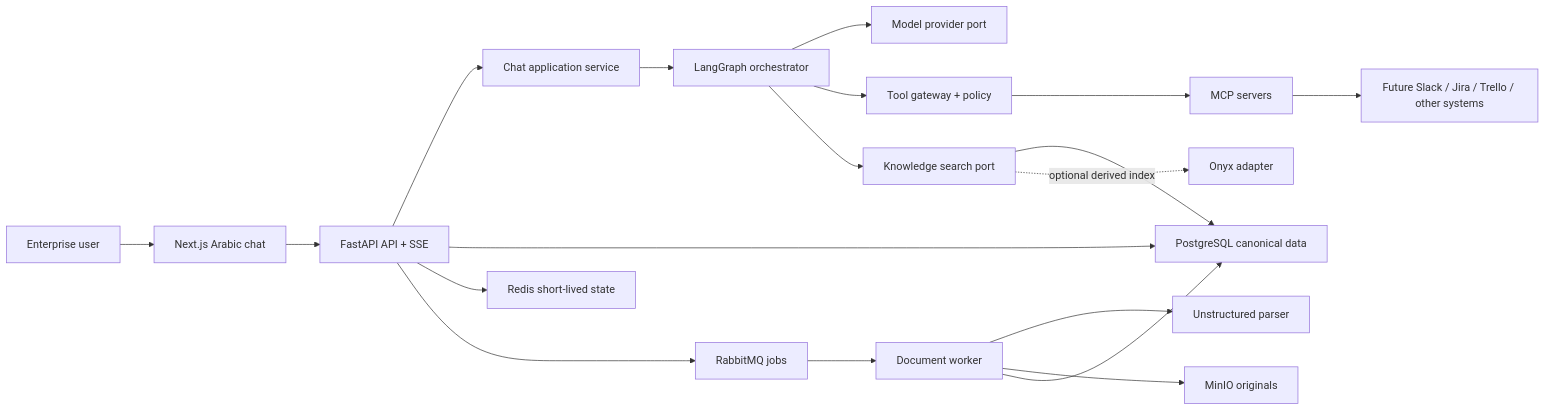
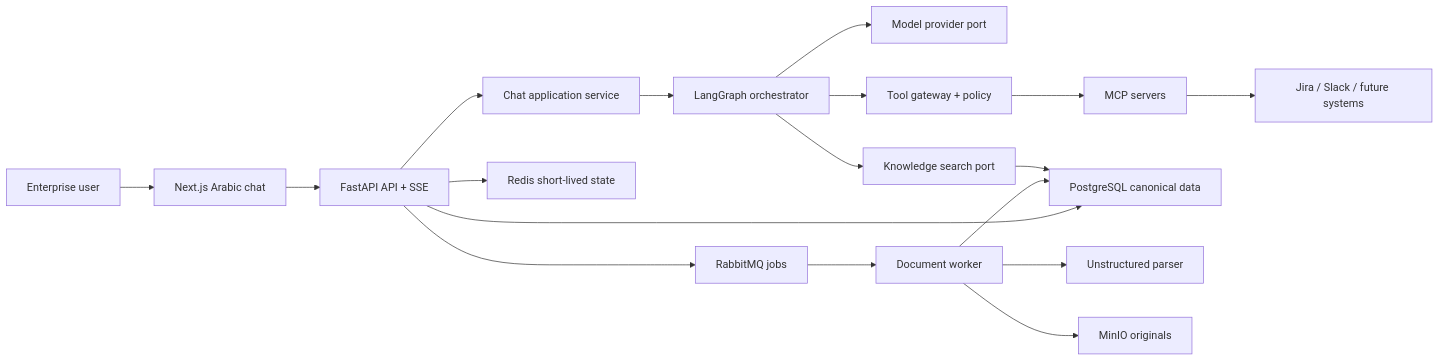
Before and after one commit to ahmedalbanna7/tactiqo-ai-operations-platform: the first of 3 diagrams in README.md, drawn with Mermaid. The commit also changed other lines of this file and 256 other files, not shown here.

````diff
--- a/README.md
+++ b/README.md
@@ -74,24 +76,23 @@
 ```mermaid
 flowchart LR
     User["Enterprise user"] --> Web["Next.js Arabic chat"]
     Web --> API["FastAPI API + SSE"]
 
     API --> Chat["Chat application service"]
     Chat --> Graph["LangGraph orchestrator"]
     Graph --> Model["Model provider port"]
     Graph --> Tools["Tool gateway + policy"]
     Graph --> Retrieval["Knowledge search port"]
 
     Tools --> MCP["MCP servers"]
-    MCP --> SaaS["Future Slack / Jira / Trello / other systems"]
+    MCP --> SaaS["Jira / Slack / future systems"]
 
     API --> Postgres["PostgreSQL canonical data"]
     API --> Redis["Redis short-lived state"]
     API --> RabbitMQ["RabbitMQ jobs"]
     RabbitMQ --> Worker["Document worker"]
     Worker --> Unstructured["Unstructured parser"]
     Worker --> MinIO["MinIO originals"]
     Worker --> Postgres
     Retrieval --> Postgres
-    Retrieval -. "optional derived index" .-> Onyx["Onyx adapter"]
 ```
````
